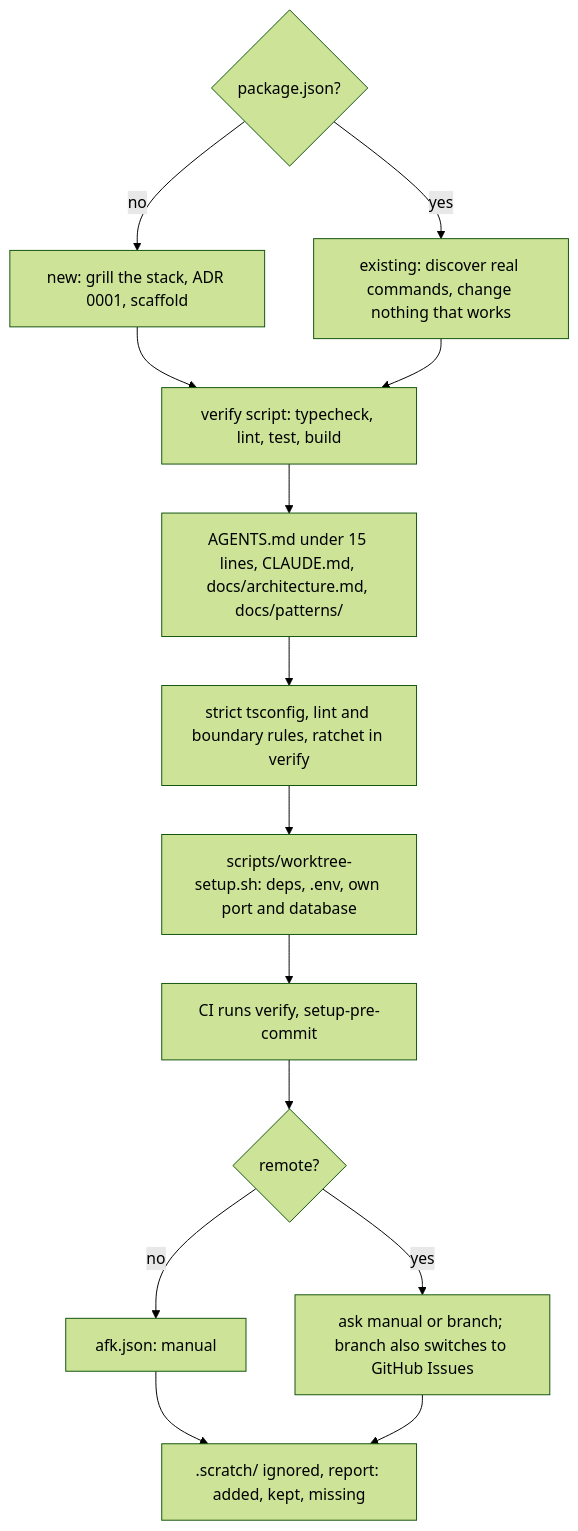
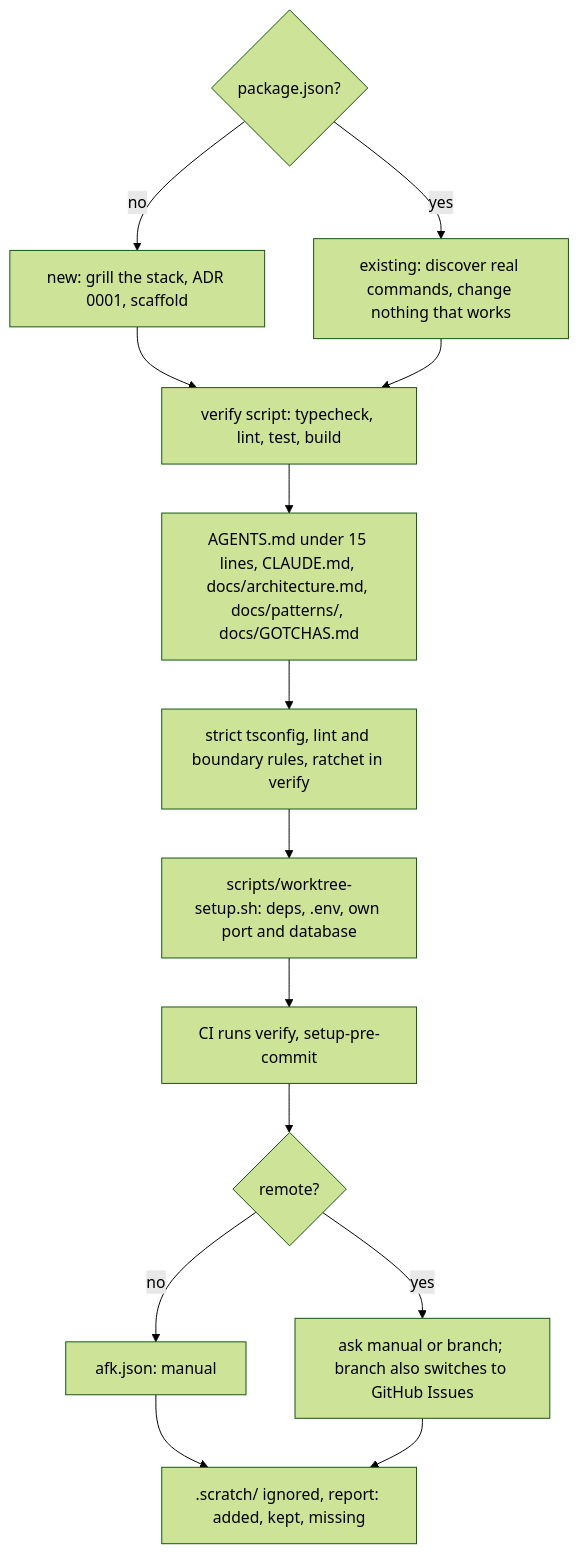
Before and after one commit to willianjusten/agent-skills: the diagram in skills/engineering/setup-project/README.md, drawn with Mermaid (forest theme). The commit also changed other lines of this file and 3 other files, not shown here.

Commit message:
feat(setup-project): add empty GOTCHAS.md and its AGENTS.md pointer

````diff
--- a/skills/engineering/setup-project/README.md
+++ b/skills/engineering/setup-project/README.md
@@ -7,16 +7,16 @@
 ```mermaid
 flowchart TD
     START{package.json?} -->|no| NEW[new: grill the stack, ADR 0001, scaffold]
     START -->|yes| EX[existing: discover real commands, change nothing that works]
     NEW --> V[verify script: typecheck, lint, test, build]
     EX --> V
-    V --> DOCS[AGENTS.md under 15 lines, CLAUDE.md, docs/architecture.md, docs/patterns/]
+    V --> DOCS[AGENTS.md under 15 lines, CLAUDE.md, docs/architecture.md, docs/patterns/, docs/GOTCHAS.md]
     DOCS --> Q[strict tsconfig, lint and boundary rules, ratchet in verify]
     Q --> WT[scripts/worktree-setup.sh: deps, .env, own port and database]
     WT --> CI[CI runs verify, setup-pre-commit]
     CI --> PUSH{remote?}
     PUSH -->|no| MAN[afk.json: manual]
     PUSH -->|yes| ASK[ask manual or branch; branch also switches to GitHub Issues]
     MAN --> REP[.scratch/ ignored, report: added, kept, missing]
     ASK --> REP
 ```
````
